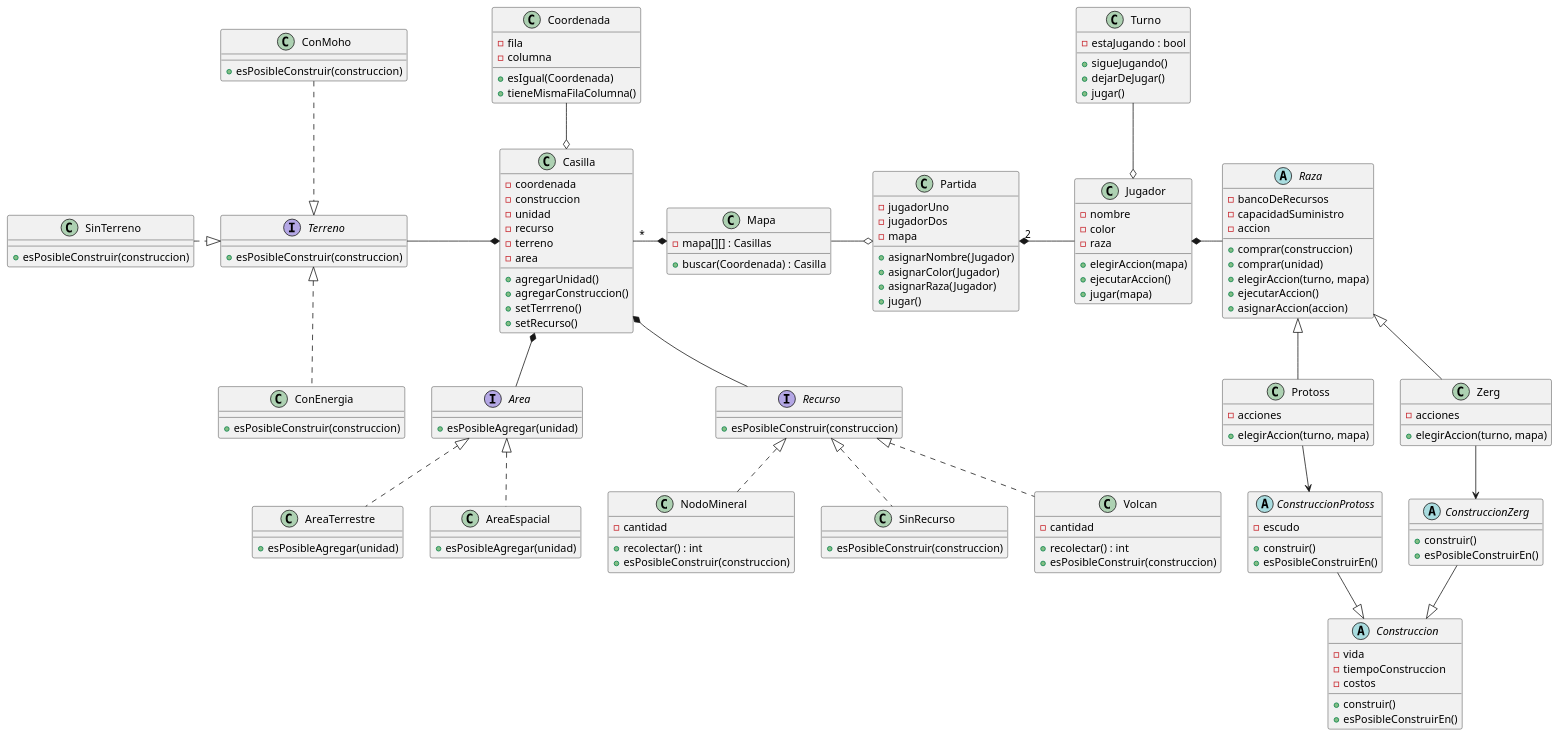
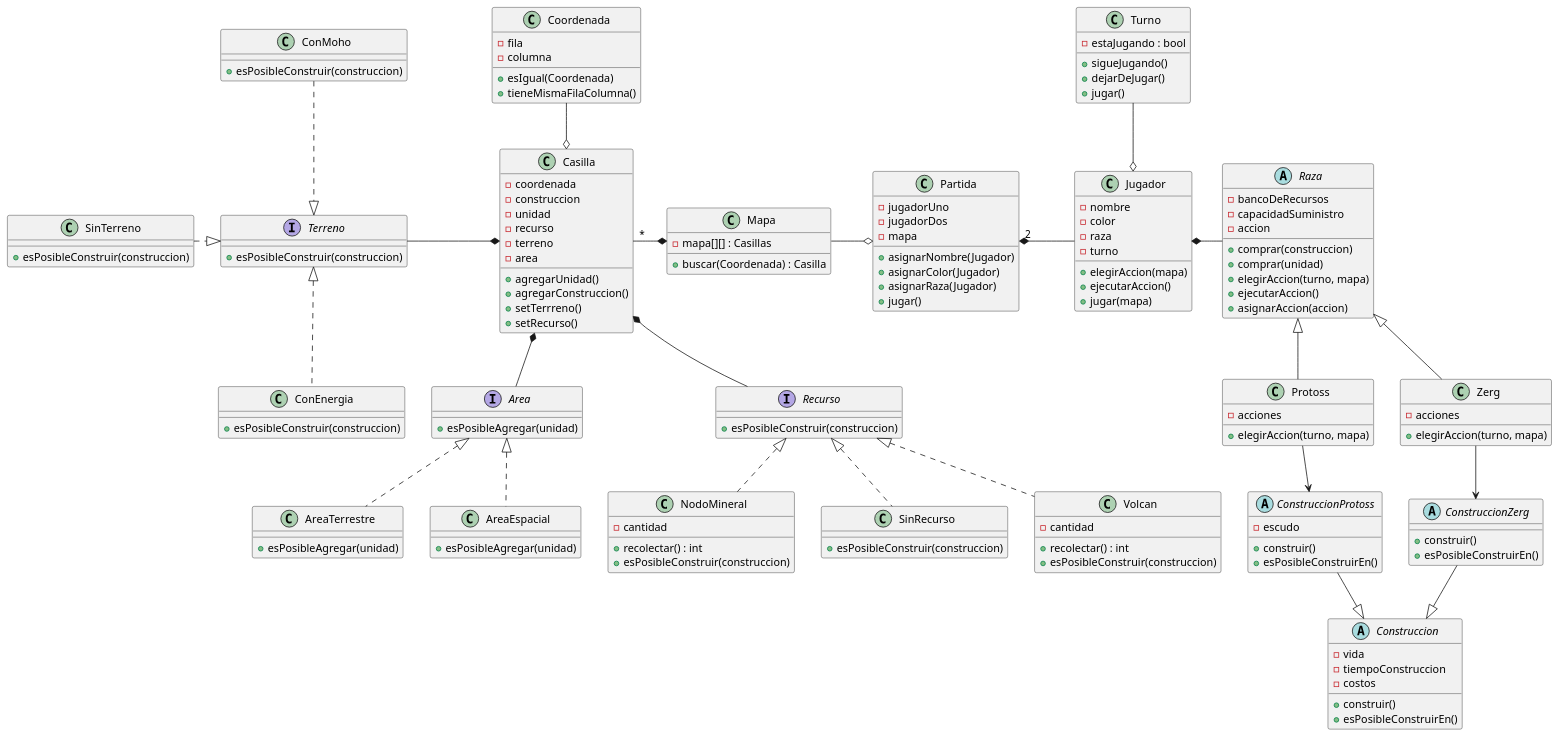
One commit to GiaWong/Algo3_TP2_2C2022 changed the diagram in diagrams/classes/Modelo3/ModeloGeneralVersion03.puml. Above: the diagram before and after it, drawn with PlantUML. The commit also changed 4 other files, not shown here.

```diff
--- a/diagrams/classes/Modelo3/ModeloGeneralVersion03.puml
+++ b/diagrams/classes/Modelo3/ModeloGeneralVersion03.puml
@@ -1,181 +1,182 @@
 @startuml
 'https://plantuml.com/class-diagram
 
 class Partida {
     - jugadorUno
     - jugadorDos
     - mapa
 
     + asignarNombre(Jugador)
     + asignarColor(Jugador)
     + asignarRaza(Jugador)
     + jugar()
 }
 
 class Jugador {
     - nombre
     - color
     - raza
+    - turno
 
     + elegirAccion(mapa)
     + ejecutarAccion()
     + jugar(mapa)
 }
 
 abstract class Raza {
     - bancoDeRecursos
     - capacidadSuministro
     - accion
 
     + comprar(construccion)
     + comprar(unidad)
     + elegirAccion(turno, mapa)
     + ejecutarAccion()
     + asignarAccion(accion)
 }
 
 class Zerg {
     - acciones
     + elegirAccion(turno, mapa)
 }
 
 class Protoss {
     - acciones
     + elegirAccion(turno, mapa)
 }
 
 abstract class Construccion {
     - vida
     - tiempoConstruccion
     - costos
     + construir()
     + esPosibleConstruirEn()
 }
 
 abstract class ConstruccionZerg {
     + construir()
     + esPosibleConstruirEn()
 }
 
 abstract class ConstruccionProtoss {
     - escudo
     + construir()
     + esPosibleConstruirEn()
 }
 
 class Mapa {
     - mapa[][] : Casillas
 
     + buscar(Coordenada) : Casilla
 }
 
 class Casilla {
     - coordenada
     - construccion
     - unidad
     - recurso
     - terreno
     - area
 
     + agregarUnidad()
     + agregarConstruccion()
     + setTerrreno()
     + setRecurso()
 }
 
 class Coordenada {
     - fila
     - columna
 
     +esIgual(Coordenada)
     +tieneMismaFilaColumna()
 }
 
 class SinRecurso {
     + esPosibleConstruir(construccion)
 }
 
 interface Terreno {
     + esPosibleConstruir(construccion)
 }
 
 class ConMoho {
     + esPosibleConstruir(construccion)
 }
 
 class ConEnergia {
     + esPosibleConstruir(construccion)
 }
 
 class SinTerreno {
     + esPosibleConstruir(construccion)
 }
 
 class Volcan {
     - cantidad
     + recolectar() : int
     + esPosibleConstruir(construccion)
 }
 
 class NodoMineral {
     - cantidad
     + recolectar() : int
     + esPosibleConstruir(construccion)
 }
 
 class Turno {
     - estaJugando : bool
     +sigueJugando()
     +dejarDeJugar()
     +jugar()
 
 }
 
 interface Recurso {
     + esPosibleConstruir(construccion)
 }
 
 
 Partida "2" *- Jugador
 Mapa -o Partida
 Jugador o-up- Turno
 
 Jugador *- Raza
 Raza <|-- Zerg
 Raza <|-- Protoss
 
 Zerg --> ConstruccionZerg
 Protoss --> ConstruccionProtoss
 ConstruccionProtoss --|> Construccion
 ConstruccionZerg --|> Construccion
 
 Casilla "*" -* Mapa
 Terreno -* Casilla
 Coordenada --o Casilla
 Casilla *-- Recurso
 
 Recurso <|.. Volcan
 Recurso <|.. NodoMineral
 Recurso <|.. SinRecurso
 
 ConMoho ..|> Terreno
 Terreno <|.. ConEnergia
 SinTerreno .|> Terreno
 
 interface Area{
  +esPosibleAgregar(unidad)
 }
 class AreaTerrestre{
 +esPosibleAgregar(unidad)
 }
 class AreaEspacial{
 +esPosibleAgregar(unidad)
 }
 
 Casilla *-- Area
 Area <|.. AreaTerrestre
 Area <|.. AreaEspacial
 
 
 
 @enduml
```
